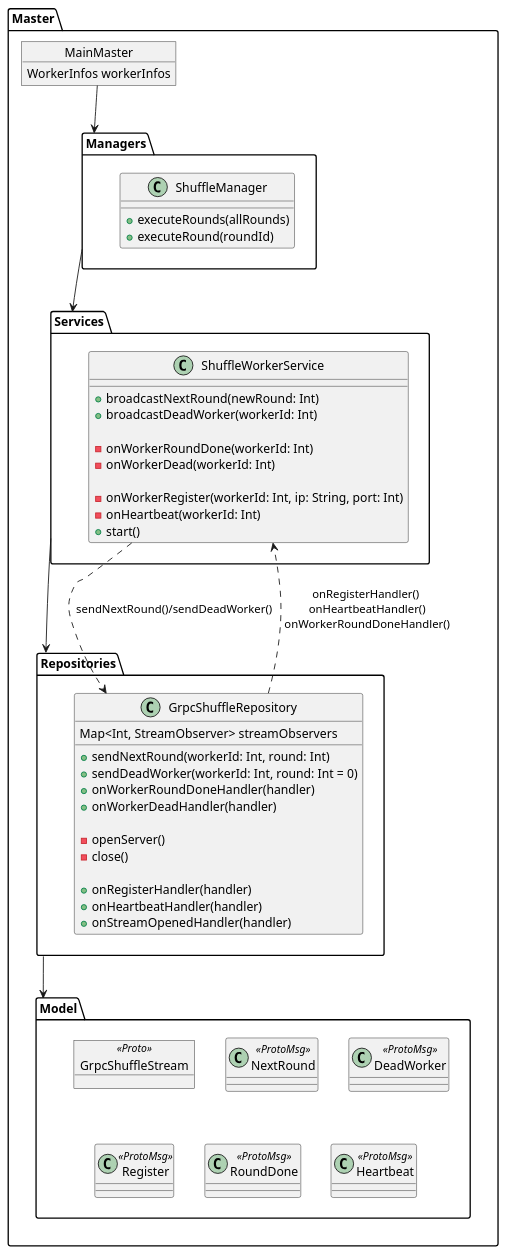
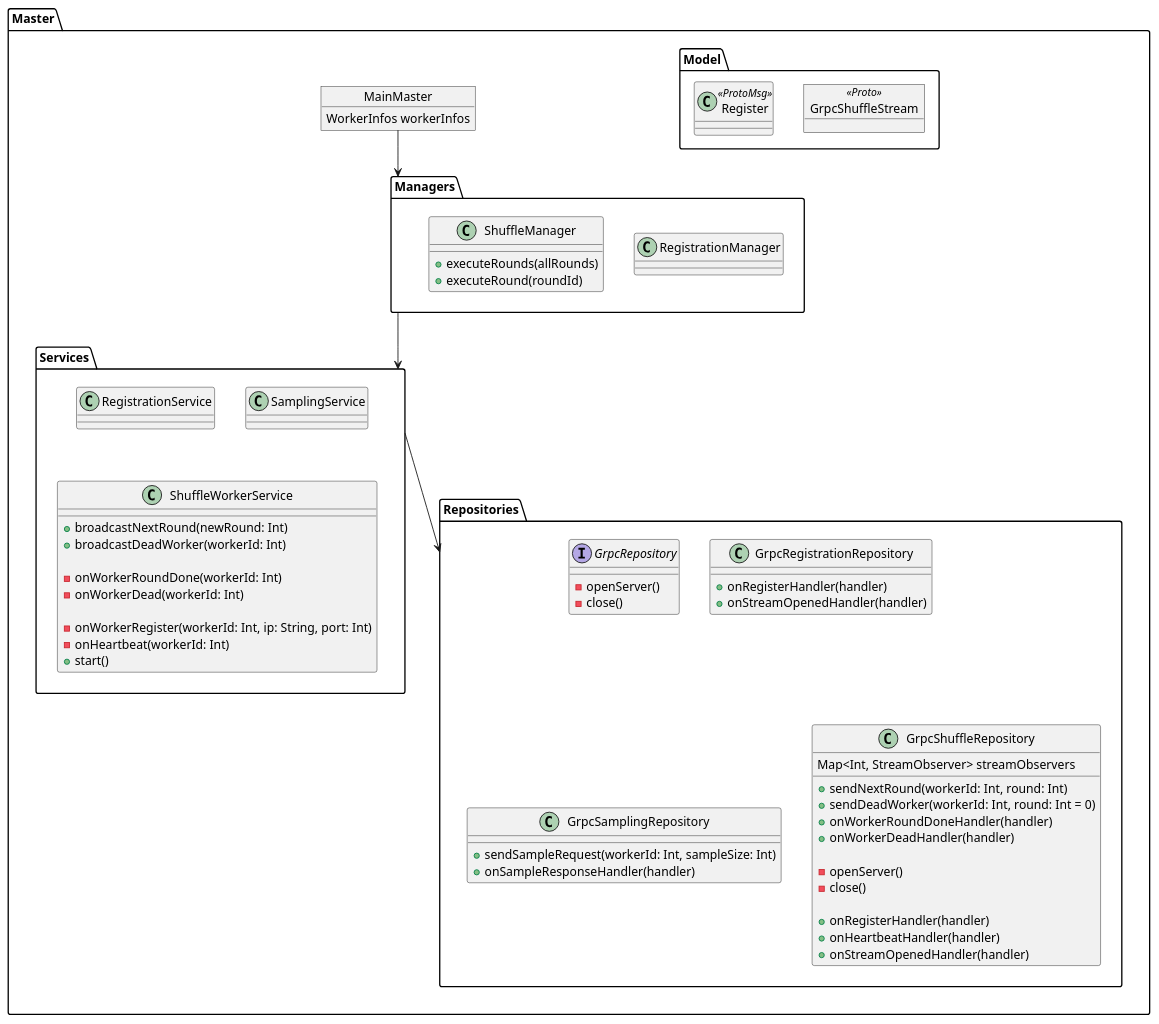
One commit to ksw20020/332project changed the diagram in doc/module diagram/Master.puml. Above: the diagram before and after it, drawn with PlantUML. The commit also changed 1 other file, not shown here.

Commit message:
update class diagram

```diff
--- a/doc/module diagram/Master.puml
+++ b/doc/module diagram/Master.puml
@@ -1,70 +1,92 @@
 @startuml
 
 package Master {
     object MainMaster {
         WorkerInfos workerInfos
     }
 
     folder "Managers" {
+        class RegistrationManager {
+
+        }
+
         class ShuffleManager {
             + executeRounds(allRounds)
             + executeRound(roundId)
         }
     }
 
     folder "Services" {
+        class RegistrationService {
+
+        }
+
+        class SamplingService {
+
+        }
+
         class ShuffleWorkerService {
             + broadcastNextRound(newRound: Int)
             + broadcastDeadWorker(workerId: Int)
 
             - onWorkerRoundDone(workerId: Int)
             - onWorkerDead(workerId: Int)
 
             - onWorkerRegister(workerId: Int, ip: String, port: Int)
             - onHeartbeat(workerId: Int)
             + start()
         }
     }
     
     folder "Repositories" {
+        
+        interface GrpcRepository {
+            
+            - openServer()
+            - close()
+
+        }
+
+        class GrpcRegistrationRepository {
+            + onRegisterHandler(handler)
+            + onStreamOpenedHandler(handler)
+
+        }
+
+        class GrpcSamplingRepository {
+            + sendSampleRequest(workerId: Int, sampleSize: Int)
+            + onSampleResponseHandler(handler)
+        }
+
         class GrpcShuffleRepository {
             Map<Int, StreamObserver> streamObservers
 
             + sendNextRound(workerId: Int, round: Int)
             + sendDeadWorker(workerId: Int, round: Int = 0)
             + onWorkerRoundDoneHandler(handler)
             + onWorkerDeadHandler(handler)
 
             - openServer()
             - close()
 
             + onRegisterHandler(handler)
             + onHeartbeatHandler(handler)
             + onStreamOpenedHandler(handler)
         }
     }
     
     folder Model {
         object GrpcShuffleStream <<Proto>>
 
-        class NextRound <<ProtoMsg>>
-        class DeadWorker <<ProtoMsg>>
         class Register  <<ProtoMsg>>
-        class RoundDone <<ProtoMsg>>
-        class Heartbeat <<ProtoMsg>>
     }
 
     ' Relationships
     MainMaster --> Managers
     Managers --> Services
     Services --> Repositories
-    Repositories --> Model
-
-    GrpcShuffleRepository ..> ShuffleWorkerService : onRegisterHandler()\n onHeartbeatHandler()\n onWorkerRoundDoneHandler()
-    ShuffleWorkerService ..> GrpcShuffleRepository : sendNextRound()/sendDeadWorker()
-
-
+    
 }
 
 
 @enduml
```
